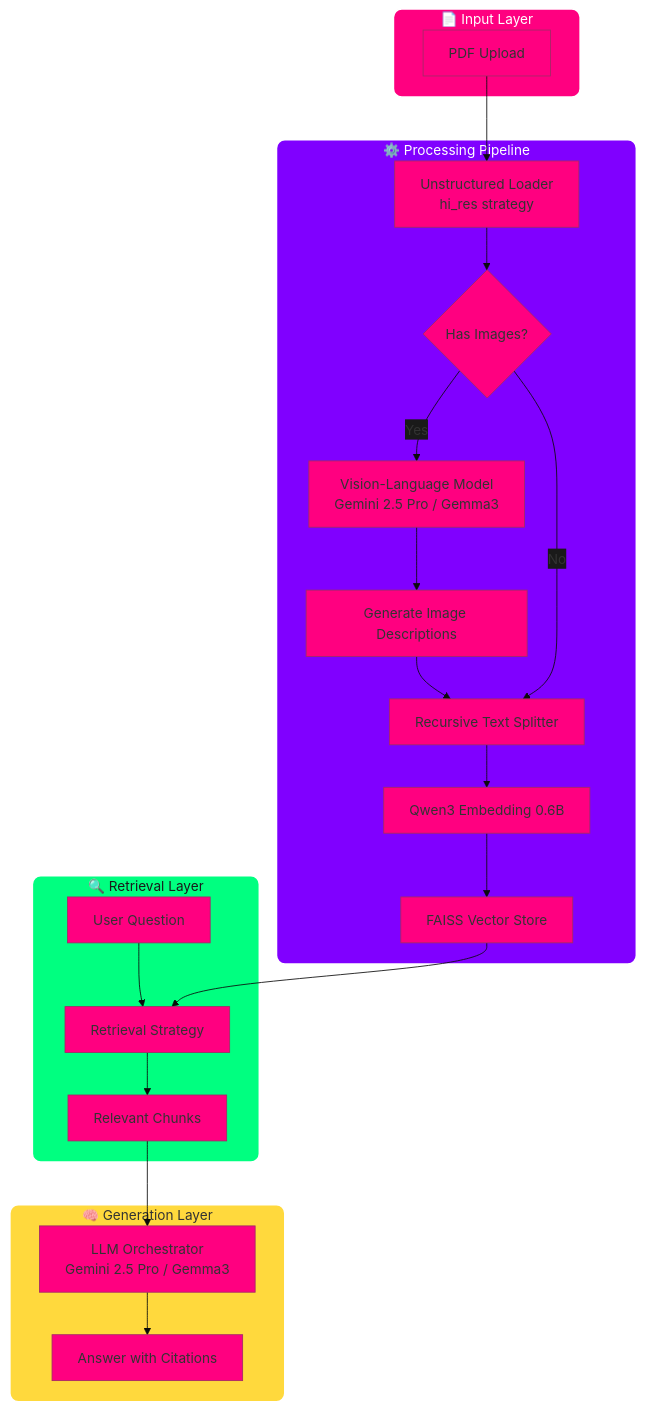
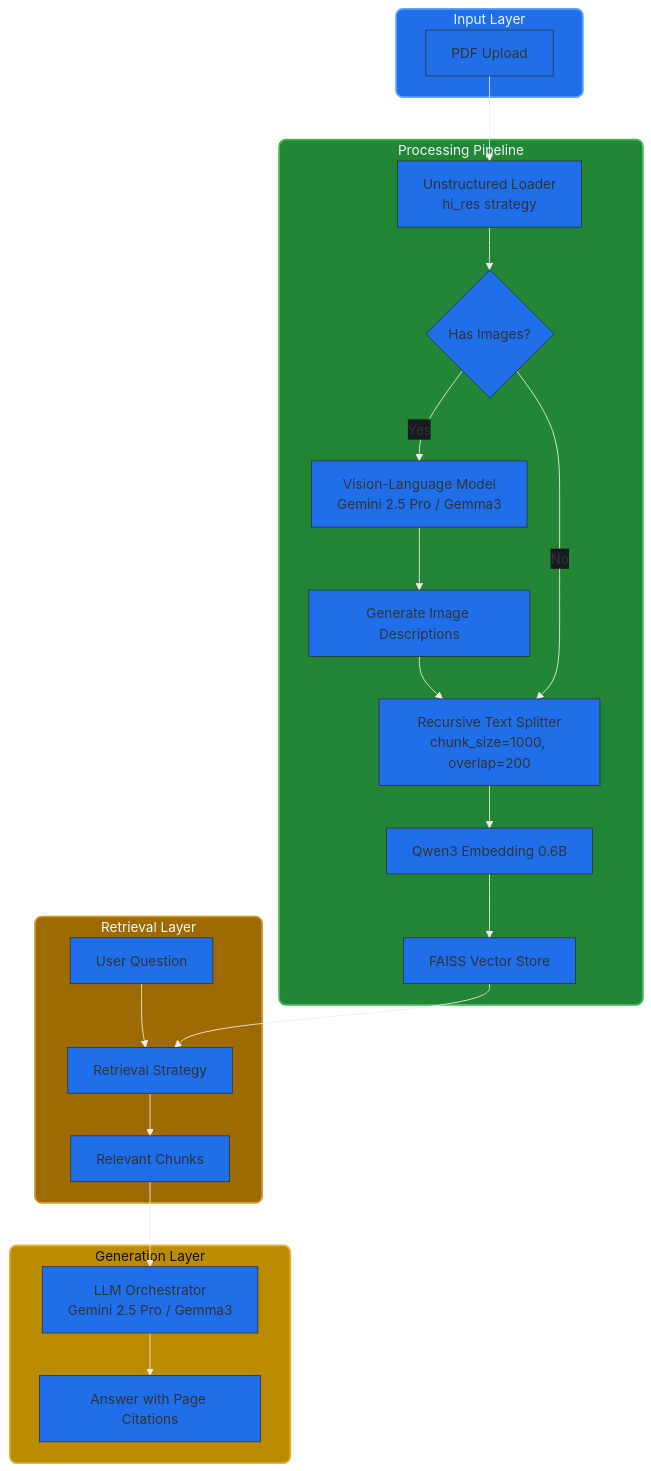
One commit to Ajeesh25353646/langchain-langraph-apps changed the first of 2 diagrams in Advanced_apps/Multimodal_PDF_RAG/README.md. Above: the diagram before and after it, drawn with Mermaid. The commit also changed other lines of this file, not shown here.

````diff
--- a/Advanced_apps/Multimodal_PDF_RAG/README.md
+++ b/Advanced_apps/Multimodal_PDF_RAG/README.md
@@ -65,52 +41,52 @@
 ```mermaid
-%%{init: {'theme': 'base', 'themeVariables': { 'primaryColor': '#FF0080', 'edgeLabelBackground':'#1a1a1a', 'tertiaryColor': '#8000FF'}}}%%
+%%{init: {'theme': 'base', 'themeVariables': { 'background': '#0d1117', 'primaryBorderColor': '#30363d', 'primaryColor': '#1f6feb', 'edgeLabelBackground':'#161b22', 'tertiaryColor': '#238636'}}}%%
 flowchart TD
-    subgraph Input["📄 Input Layer"]
+    subgraph Input["Input Layer"]
         PDF[PDF Upload]
     end
 
-    subgraph Processing["⚙️ Processing Pipeline"]
-        Unstructured[Unstructured Loader<br/>hi_res strategy]
-        Extract{Has Images?}
-        VLM[Vision-Language Model<br/>Gemini 2.5 Pro / Gemma3]
-        Caption[Generate Image Descriptions]
-        Split[Recursive Text Splitter]
-        Embed[Qwen3 Embedding 0.6B]
-        FAISS[FAISS Vector Store]
+    subgraph Processing["Processing Pipeline"]
+        Unstructured["Unstructured Loader<br/>hi_res strategy"]
+        Extract{"Has Images?"}
+        VLM["Vision-Language Model<br/>Gemini 2.5 Pro / Gemma3"]
+        Caption["Generate Image Descriptions"]
+        Split["Recursive Text Splitter<br/>chunk_size=1000, overlap=200"]
+        Embed["Qwen3 Embedding 0.6B"]
+        FAISS["FAISS Vector Store"]
     end
 
-    subgraph Retrieval["🔍 Retrieval Layer"]
-        Query[User Question]
-        Strategy[Retrieval Strategy]
-        Chunks[Relevant Chunks]
+    subgraph Retrieval["Retrieval Layer"]
+        Query["User Question"]
+        Strategy["Retrieval Strategy"]
+        Chunks["Relevant Chunks"]
     end
 
-    subgraph Generation["🧠 Generation Layer"]
-        LLM[LLM Orchestrator<br/>Gemini 2.5 Pro / Gemma3]
-        Answer[Answer with Citations]
+    subgraph Generation["Generation Layer"]
+        LLM["LLM Orchestrator<br/>Gemini 2.5 Pro / Gemma3"]
+        Answer["Answer with Page Citations"]
     end
 
     PDF --> Unstructured
     Unstructured --> Extract
     Extract -->|Yes| VLM
     VLM --> Caption
     Caption --> Split
     Extract -->|No| Split
     Split --> Embed
     Embed --> FAISS
     Query --> Strategy
     FAISS --> Strategy
     Strategy --> Chunks
     Chunks --> LLM
     LLM --> Answer
 
-    classDef input fill:#FF0080,color:#fff,stroke:#fff,stroke-width:2px,rx:10
-    classDef processing fill:#8000FF,color:#fff,stroke:#fff,stroke-width:2px,rx:10
-    classDef retrieval fill:#00FF80,color:#1a1a1a,stroke:#fff,stroke-width:2px,rx:10
-    classDef generation fill:#FFD93D,color:#333,stroke:#fff,stroke-width:2px,rx:10
+    classDef input fill:#1f6feb,color:#f0f6fc,stroke:#58a6ff,stroke-width:2px,rx:8
+    classDef processing fill:#238636,color:#f0f6fc,stroke:#3fb950,stroke-width:2px,rx:8
+    classDef retrieval fill:#9e6a03,color:#f0f6fc,stroke:#d29922,stroke-width:2px,rx:8
+    classDef generation fill:#bc8c00,color:#0d1117,stroke:#e3b341,stroke-width:2px,rx:8
 
     class Input input
     class Processing processing
     class Retrieval retrieval
     class Generation generation
 ```
````
